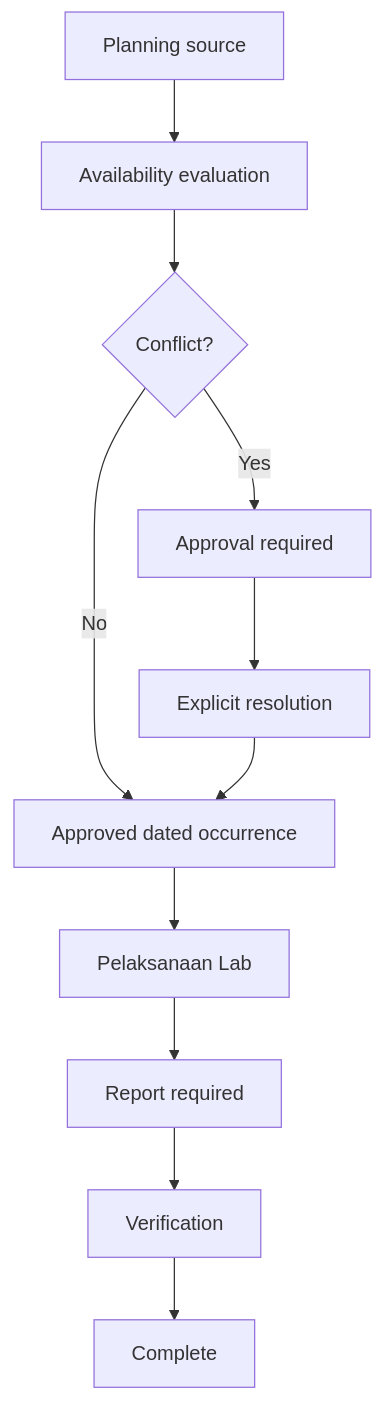
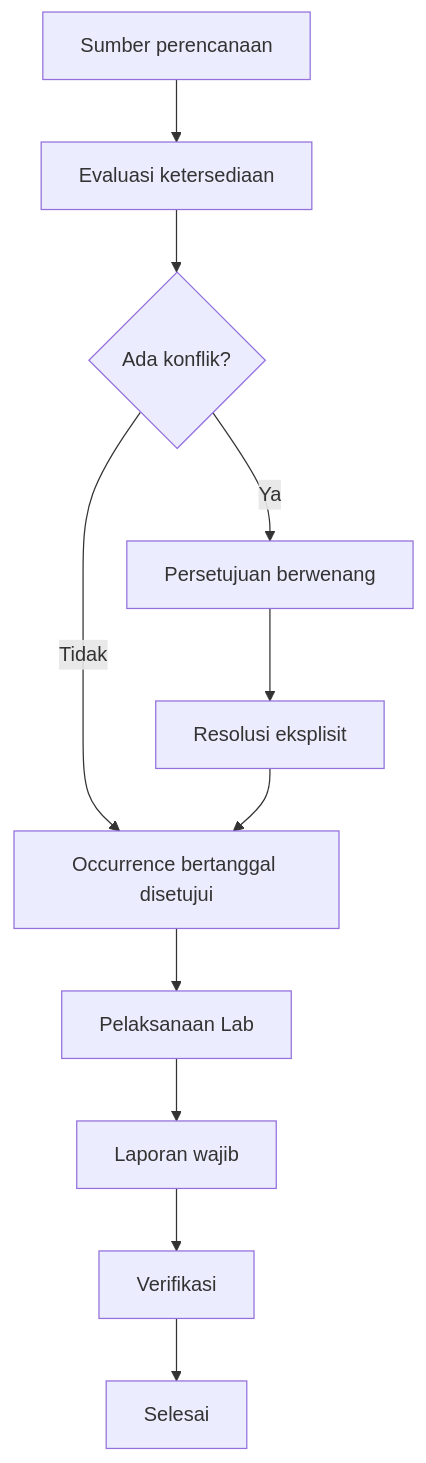
Before and after one commit to yogawillyutomo/SMARTLAB: the first of 4 diagrams in docs/product/SMARTLAB_OPERATIONAL_WORKFLOW_SPEC.md, drawn with Mermaid. The commit also changed other lines of this file and 1 other file, not shown here.

Commit message:
docs: complete SmartLab operational specification

````diff
--- a/docs/product/SMARTLAB_OPERATIONAL_WORKFLOW_SPEC.md
+++ b/docs/product/SMARTLAB_OPERATIONAL_WORKFLOW_SPEC.md
@@ -66,13 +135,13 @@
 ```mermaid
 flowchart TD
-  A[Planning source] --> B[Availability evaluation]
-  B --> C{Conflict?}
-  C -- No --> D[Approved dated occurrence]
-  C -- Yes --> E[Approval required]
-  E --> F[Explicit resolution]
+  A[Sumber perencanaan] --> B[Evaluasi ketersediaan]
+  B --> C{Ada konflik?}
+  C -- Tidak --> D[Occurrence bertanggal disetujui]
+  C -- Ya --> E[Persetujuan berwenang]
+  E --> F[Resolusi eksplisit]
   F --> D
   D --> G[Pelaksanaan Lab]
-  G --> H[Report required]
-  H --> I[Verification]
-  I --> J[Complete]
+  G --> H[Laporan wajib]
+  H --> I[Verifikasi]
+  I --> J[Selesai]
 ```
````
